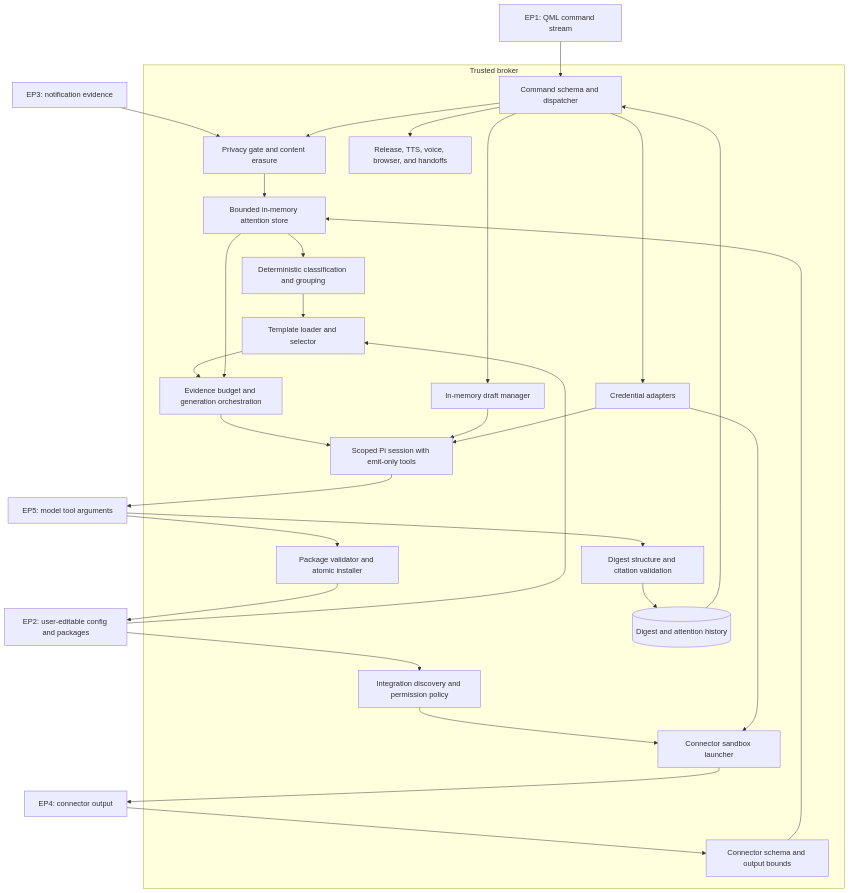
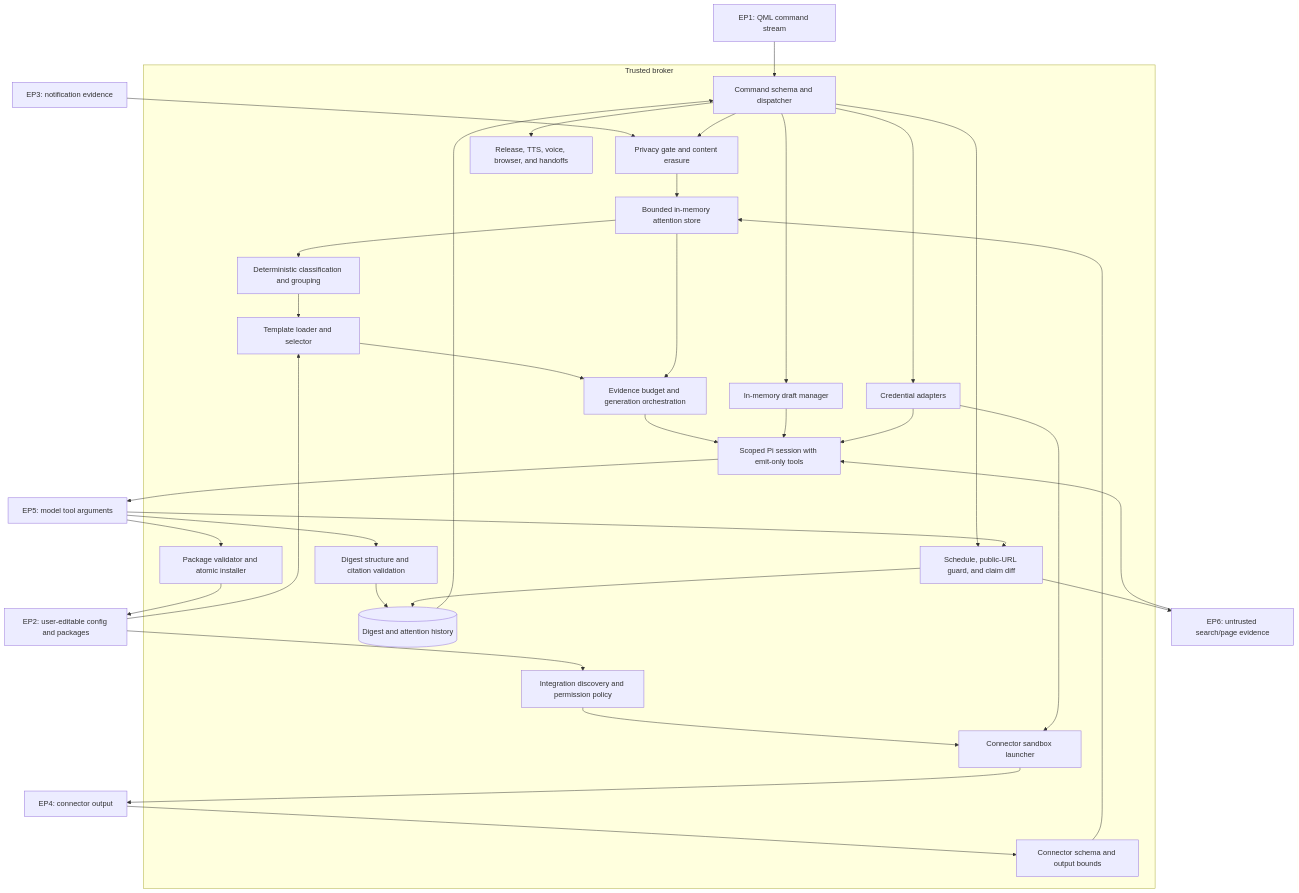
The third of 3 diagrams in docs/threat-model.md (jacob-vincent-mink/omadigest), drawn with Mermaid before and after one commit. The commit also changed other lines of this file and 24 other files, not shown here.

````diff
--- a/docs/threat-model.md
+++ b/docs/threat-model.md
@@ -152,55 +159,62 @@
 ```mermaid
 flowchart TD
   QML[EP1: QML command stream]
   Files[EP2: user-editable config and packages]
   Notifications[EP3: notification evidence]
   ConnectorOut[EP4: connector output]
   ModelOut[EP5: model tool arguments]
+  ResearchOut[EP6: untrusted search/page evidence]
 
   subgraph TB2["Trusted broker"]
     Parser[Command schema and dispatcher]
     Privacy[Privacy gate and content erasure]
     Attention[Bounded in-memory attention store]
     Classify[Deterministic classification and grouping]
     Templates[Template loader and selector]
     Registry[Integration discovery and permission policy]
     Sandbox[Connector sandbox launcher]
     Normalize[Connector schema and output bounds]
     Generate[Evidence budget and generation orchestration]
     Pi[Scoped Pi session with emit-only tools]
     Validate[Digest structure and citation validation]
     History[(Digest and attention history)]
     Draft[In-memory draft manager]
     Installer[Package validator and atomic installer]
     Credentials[Credential adapters]
     Actions[Release, TTS, voice, browser, and handoffs]
+    Research[Schedule, public-URL guard, and claim diff]
   end
 
   QML --> Parser
   Files --> Templates
   Files --> Registry
   Notifications --> Privacy
   Parser --> Privacy
   Privacy --> Attention
   Attention --> Classify
   Classify --> Templates
   Registry --> Sandbox
   Sandbox --> ConnectorOut
   ConnectorOut --> Normalize
   Normalize --> Attention
   Templates --> Generate
   Attention --> Generate
   Generate --> Pi
   Pi --> ModelOut
   ModelOut --> Validate
   Validate --> History
   History --> Parser
   Parser --> Draft
   Draft --> Pi
   ModelOut --> Installer
   Installer --> Files
   Parser --> Credentials
   Credentials --> Sandbox
   Credentials --> Pi
   Parser --> Actions
+  Parser --> Research
+  Research --> ResearchOut
+  ResearchOut --> Pi
+  ModelOut --> Research
+  Research --> History
 ```
````
